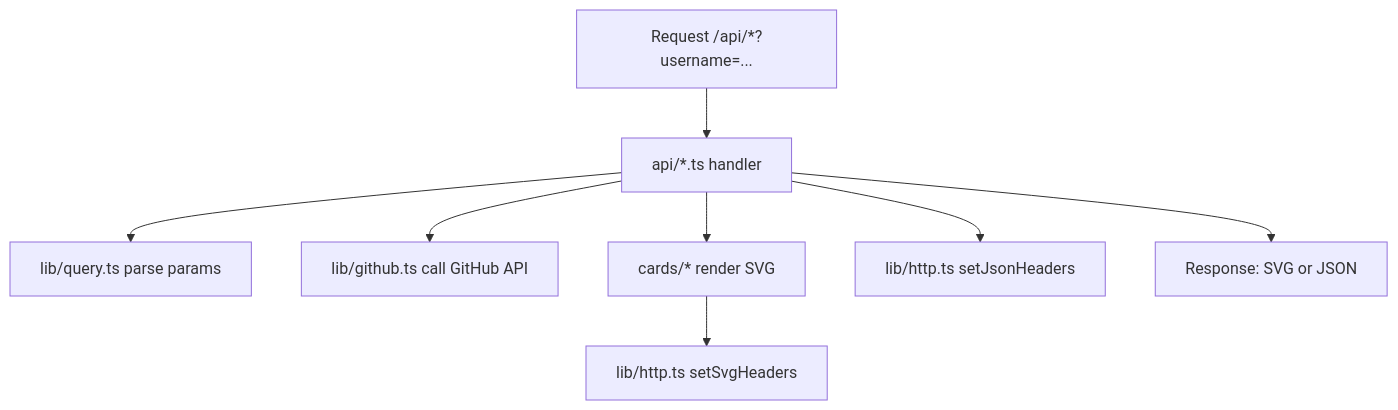
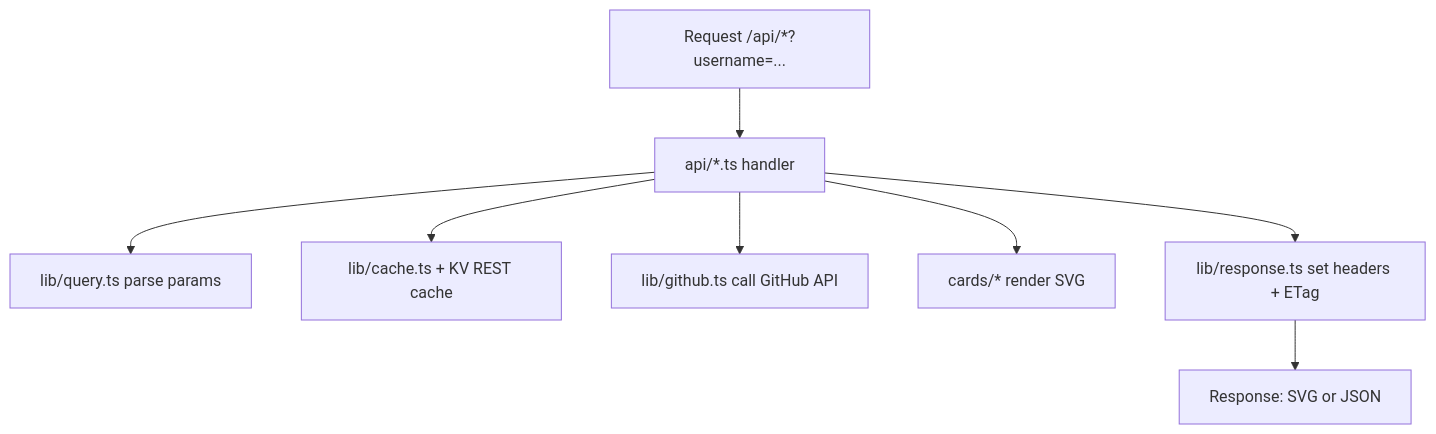
Before and after one commit to SaumilP/gh-stats: the diagram in README.md, drawn with Mermaid. The commit also changed other lines of this file and 33 other files, not shown here.

````diff
--- a/README.md
+++ b/README.md
@@ -221,10 +267,10 @@
 ```mermaid
 flowchart TD
   A[Request /api/*?username=...] --> B[api/*.ts handler]
   B --> C[lib/query.ts parse params]
-  B --> D[lib/github.ts call GitHub API]
-  B --> E[cards/* render SVG]
-  E --> F[lib/http.ts setSvgHeaders]
-  B --> G[lib/http.ts setJsonHeaders]
-  B --> H[Response: SVG or JSON]
+  B --> D[lib/cache.ts + KV REST cache]
+  B --> E[lib/github.ts call GitHub API]
+  B --> F[cards/* render SVG]
+  B --> G[lib/response.ts set headers + ETag]
+  G --> H[Response: SVG or JSON]
 ```
````
